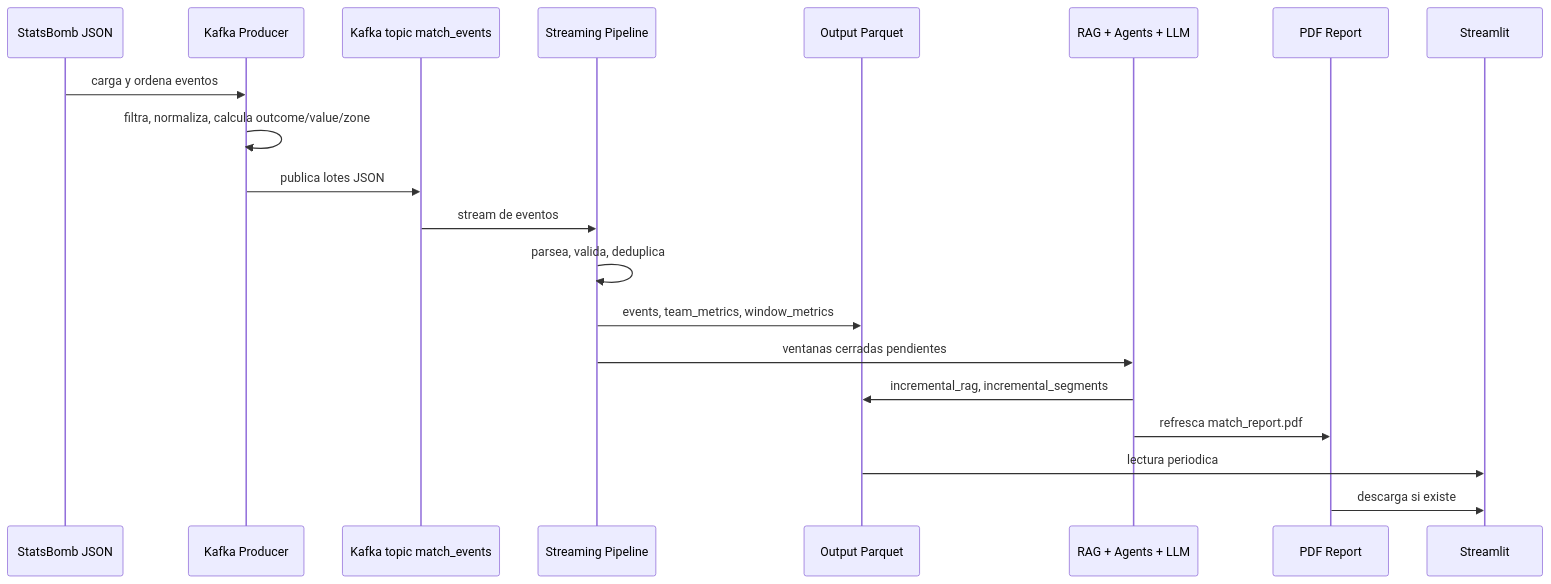
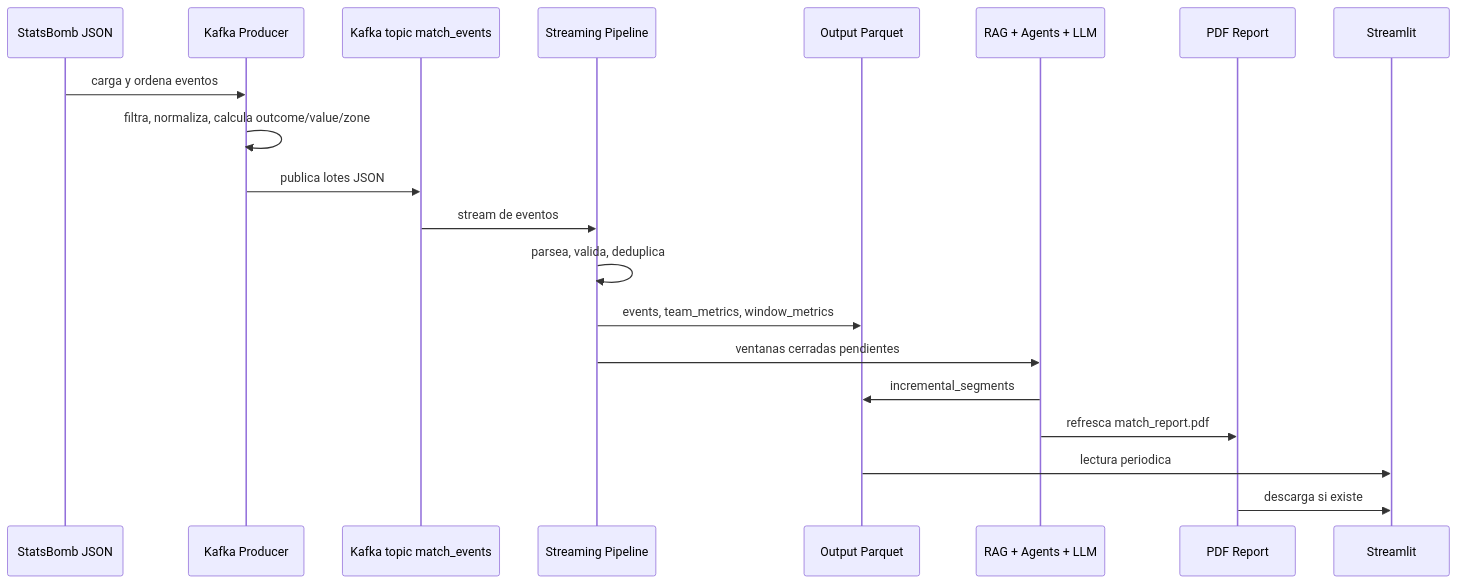
Before and after one commit to DaniLopez23/real-time-match-simulator: the diagram in FLOW.md, drawn with Mermaid. The commit also changed other lines of this file and 10 other files, not shown here.

````diff
--- a/FLOW.md
+++ b/FLOW.md
@@ -7,23 +7,23 @@
 ```mermaid
 sequenceDiagram
     participant JSON as StatsBomb JSON
     participant Producer as Kafka Producer
     participant Kafka as Kafka topic match_events
     participant Spark as Streaming Pipeline
     participant Parquet as Output Parquet
     participant GenAI as RAG + Agents + LLM
     participant PDF as PDF Report
     participant UI as Streamlit
 
     JSON->>Producer: carga y ordena eventos
     Producer->>Producer: filtra, normaliza, calcula outcome/value/zone
     Producer->>Kafka: publica lotes JSON
     Kafka->>Spark: stream de eventos
     Spark->>Spark: parsea, valida, deduplica
     Spark->>Parquet: events, team_metrics, window_metrics
     Spark->>GenAI: ventanas cerradas pendientes
-    GenAI->>Parquet: incremental_rag, incremental_segments
+    GenAI->>Parquet: incremental_segments
     GenAI->>PDF: refresca match_report.pdf
     Parquet->>UI: lectura periodica
     PDF->>UI: descarga si existe
 ```
````
